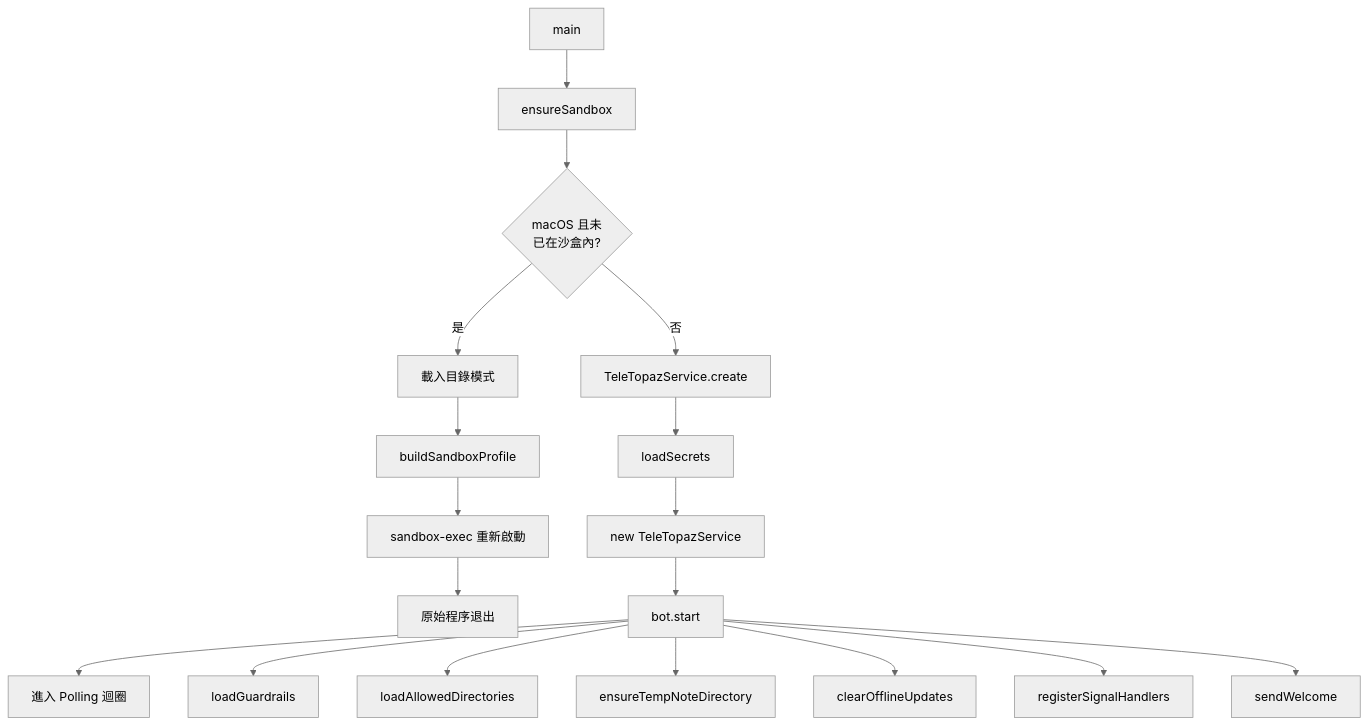
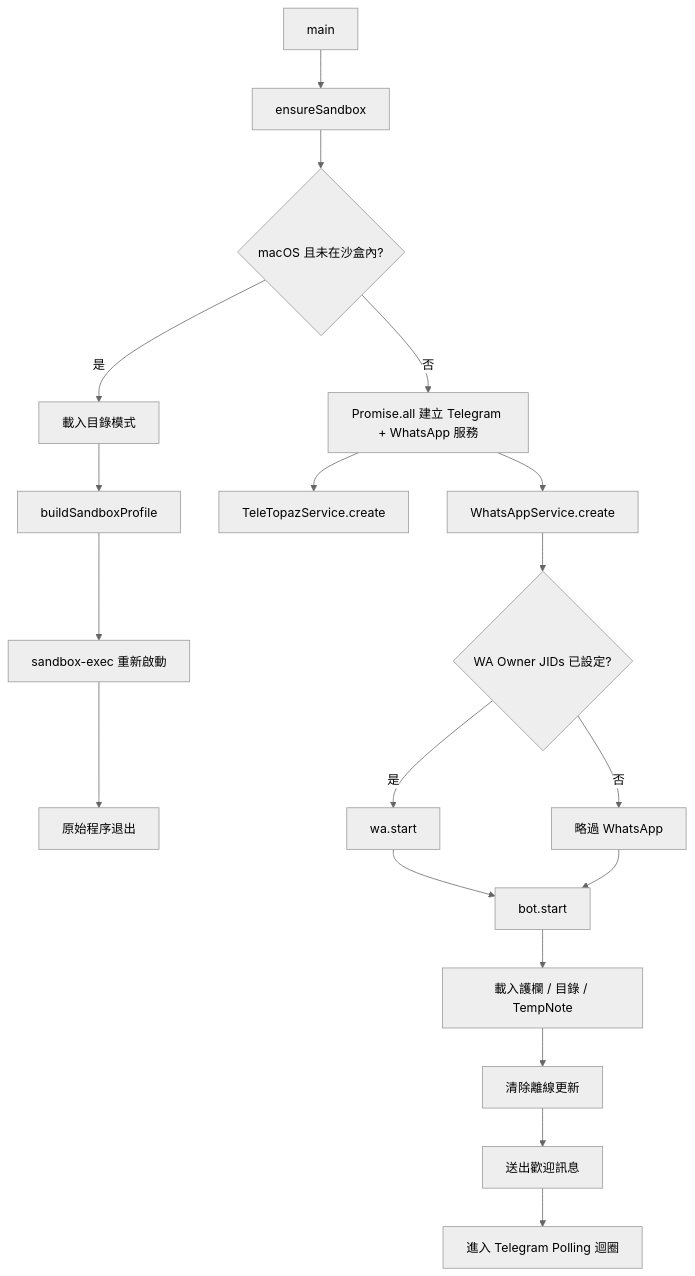
The fifth of 18 diagrams in spec.md (WeiTopaz/TeleTopaz), drawn with Mermaid (neutral theme) before and after one commit. The commit also changed other lines of this file, not shown here.

````diff
--- a/spec.md
+++ b/spec.md
@@ -352,21 +398,21 @@
 ```mermaid
 flowchart TD
     A[main] --> B[ensureSandbox]
-    B --> C{macOS 且未<br/>已在沙盒內?}
+    B --> C{macOS 且未在沙盒內?}
     C -->|是| D[載入目錄模式]
     D --> E[buildSandboxProfile]
     E --> F[sandbox-exec 重新啟動]
     F --> G[原始程序退出]
-    C -->|否| H[TeleTopazService.create]
-    H --> I[loadSecrets]
-    I --> J[new TeleTopazService]
-    J --> K[bot.start]
-    K --> L[進入 Polling 迴圈]
-
-    K --> M[loadGuardrails]
-    K --> N[loadAllowedDirectories]
-    K --> O[ensureTempNoteDirectory]
-    K --> P[clearOfflineUpdates]
-    K --> Q[registerSignalHandlers]
-    K --> R[sendWelcome]
+    C -->|否| H[Promise.all 建立 Telegram + WhatsApp 服務]
+    H --> I[TeleTopazService.create]
+    H --> J[WhatsAppService.create]
+    J --> K{WA Owner JIDs 已設定?}
+    K -->|是| L[wa.start]
+    K -->|否| M[略過 WhatsApp]
+    L --> N[bot.start]
+    M --> N
+    N --> O[載入護欄 / 目錄 / TempNote]
+    O --> P[清除離線更新]
+    P --> Q[送出歡迎訊息]
+    Q --> R[進入 Telegram Polling 迴圈]
 ```
````
